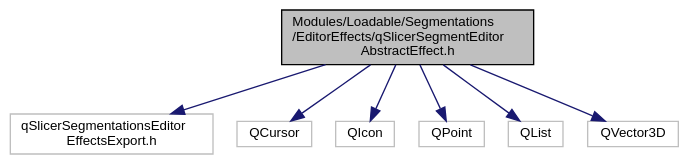
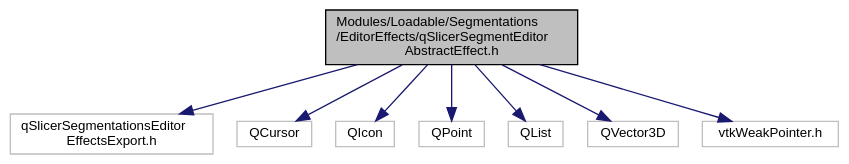
One commit to jamesobutler/apidocs.slicer.org changed the diagram in master/qSlicerSegmentEditorAbstractEffect_8h__incl.dot. Above: the diagram before and after it, drawn with Graphviz. The commit also changed 4409 other files, not shown here.

```diff
--- a/master/qSlicerSegmentEditorAbstractEffect_8h__incl.dot
+++ b/master/qSlicerSegmentEditorAbstractEffect_8h__incl.dot
@@ -1,19 +1,21 @@
 digraph "Modules/Loadable/Segmentations/EditorEffects/qSlicerSegmentEditorAbstractEffect.h"
 {
   bgcolor="transparent";
   edge [fontname="Helvetica",fontsize="10",labelfontname="Helvetica",labelfontsize="10"];
   node [fontname="Helvetica",fontsize="10",shape=record];
   Node0 [label="Modules/Loadable/Segmentations\l/EditorEffects/qSlicerSegmentEditor\lAbstractEffect.h",height=0.2,width=0.4,color="black", fillcolor="grey75", style="filled", fontcolor="black"];
   Node0 -> Node1 [color="midnightblue",fontsize="10",style="solid",fontname="Helvetica"];
   Node1 [label="qSlicerSegmentationsEditor\lEffectsExport.h",height=0.2,width=0.4,color="grey75"];
   Node0 -> Node2 [color="midnightblue",fontsize="10",style="solid",fontname="Helvetica"];
   Node2 [label="QCursor",height=0.2,width=0.4,color="grey75"];
   Node0 -> Node3 [color="midnightblue",fontsize="10",style="solid",fontname="Helvetica"];
   Node3 [label="QIcon",height=0.2,width=0.4,color="grey75"];
   Node0 -> Node4 [color="midnightblue",fontsize="10",style="solid",fontname="Helvetica"];
   Node4 [label="QPoint",height=0.2,width=0.4,color="grey75"];
   Node0 -> Node5 [color="midnightblue",fontsize="10",style="solid",fontname="Helvetica"];
   Node5 [label="QList",height=0.2,width=0.4,color="grey75"];
   Node0 -> Node6 [color="midnightblue",fontsize="10",style="solid",fontname="Helvetica"];
   Node6 [label="QVector3D",height=0.2,width=0.4,color="grey75"];
+  Node0 -> Node7 [color="midnightblue",fontsize="10",style="solid",fontname="Helvetica"];
+  Node7 [label="vtkWeakPointer.h",height=0.2,width=0.4,color="grey75"];
 }
```
